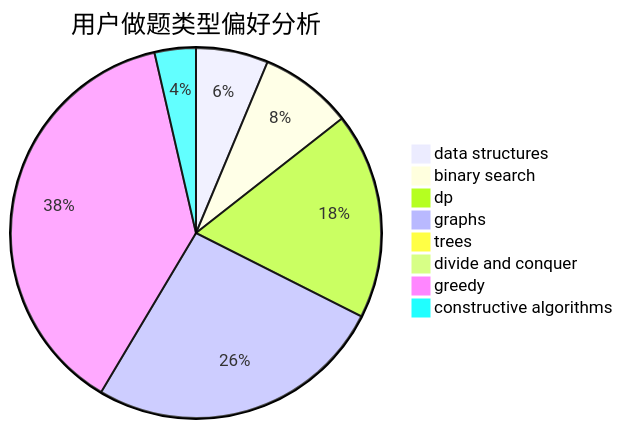
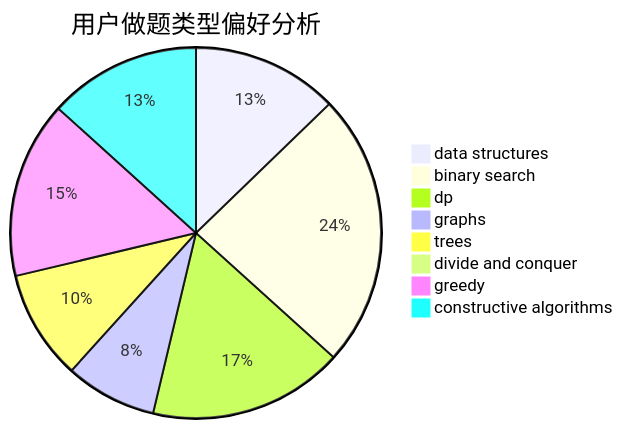
The second of 3 diagrams in docs/user/u2749.md (sherpahu/cfrs.github.io), drawn with Mermaid before and after one commit. The commit also changed other lines of this file and 2770 other files, not shown here.

````diff
--- a/docs/user/u2749.md
+++ b/docs/user/u2749.md
@@ -23,11 +23,11 @@
 ```mermaid
 pie title 用户做题类型偏好分析
-    "data structures" :  7
-    "binary search" :  9
-    "dp" :  20
-    "graphs" :  29
-    "trees" :  0
+    "data structures" :  24
+    "binary search" :  45
+    "dp" :  32
+    "graphs" :  15
+    "trees" :  18
     "divide and conquer" :  0
-    "greedy" :  42
-    "constructive algorithms" :  4
+    "greedy" :  29
+    "constructive algorithms" :  25
 ```
````
